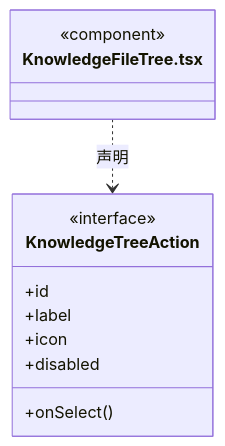
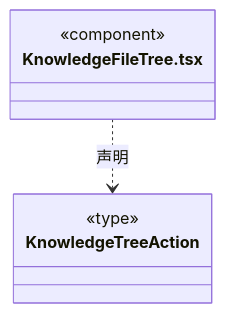
One commit to nan023062/cbim changed diagram 12 of 16 in src/view/knowledge/ARCHITECTURE.md. Above: the diagram before and after it, drawn with Mermaid. The commit also changed other lines of this file and 13 other files, not shown here.

````diff
--- a/src/view/knowledge/ARCHITECTURE.md
+++ b/src/view/knowledge/ARCHITECTURE.md
@@ -163,15 +165,11 @@
 ```mermaid
 classDiagram
 class N_src_view_knowledge_KnowledgeFileTree_tsx["KnowledgeFileTree.tsx"] {
   <<component>>
 }
 class N_src_view_knowledge_KnowledgeFileTree_tsx_KnowledgeTreeAction["KnowledgeTreeAction"] {
-  <<interface>>
-  +id
-  +label
-  +icon
-  +disabled
-  +onSelect()
+  <<type>>
+
 }
 N_src_view_knowledge_KnowledgeFileTree_tsx ..> N_src_view_knowledge_KnowledgeFileTree_tsx_KnowledgeTreeAction : 声明
 ```
````
